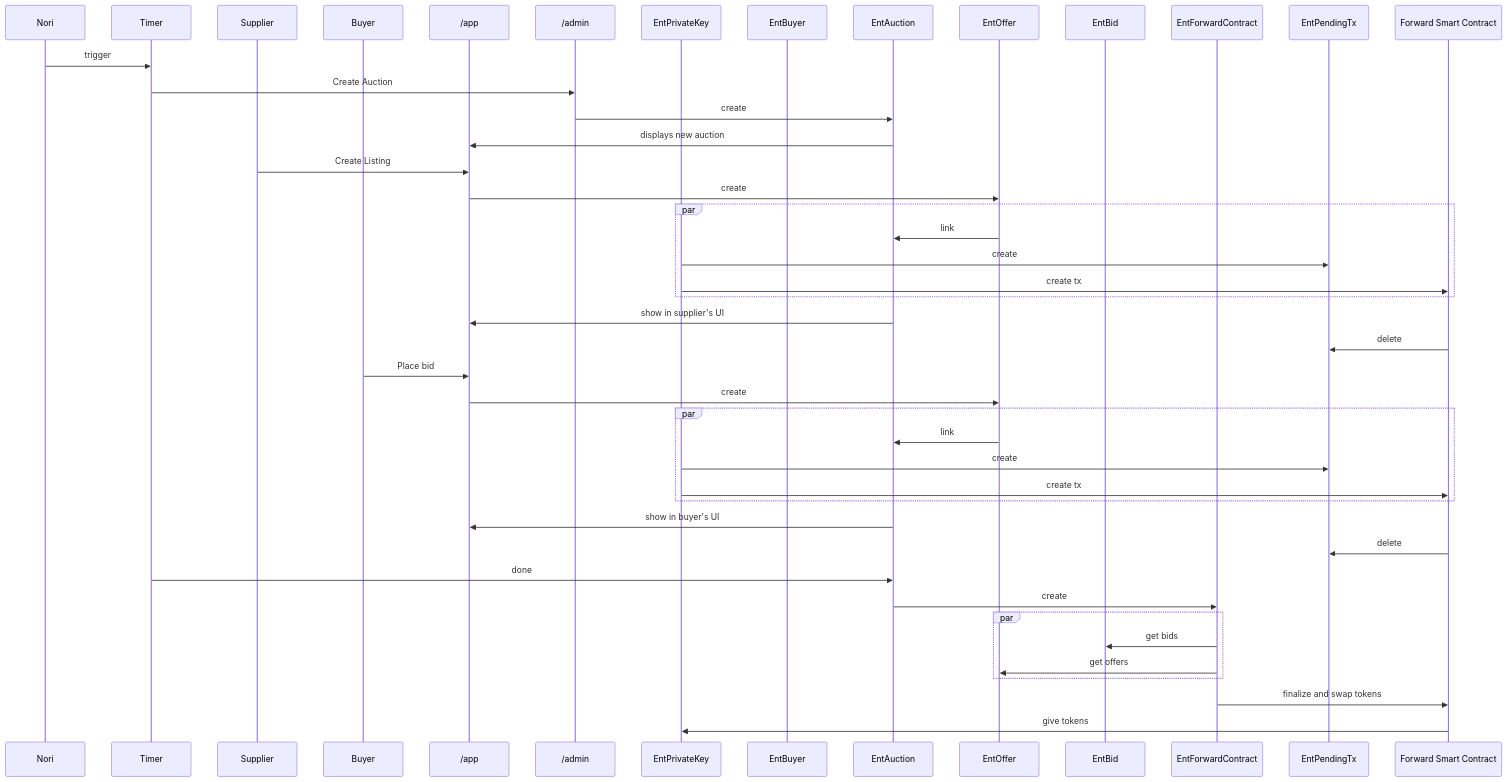
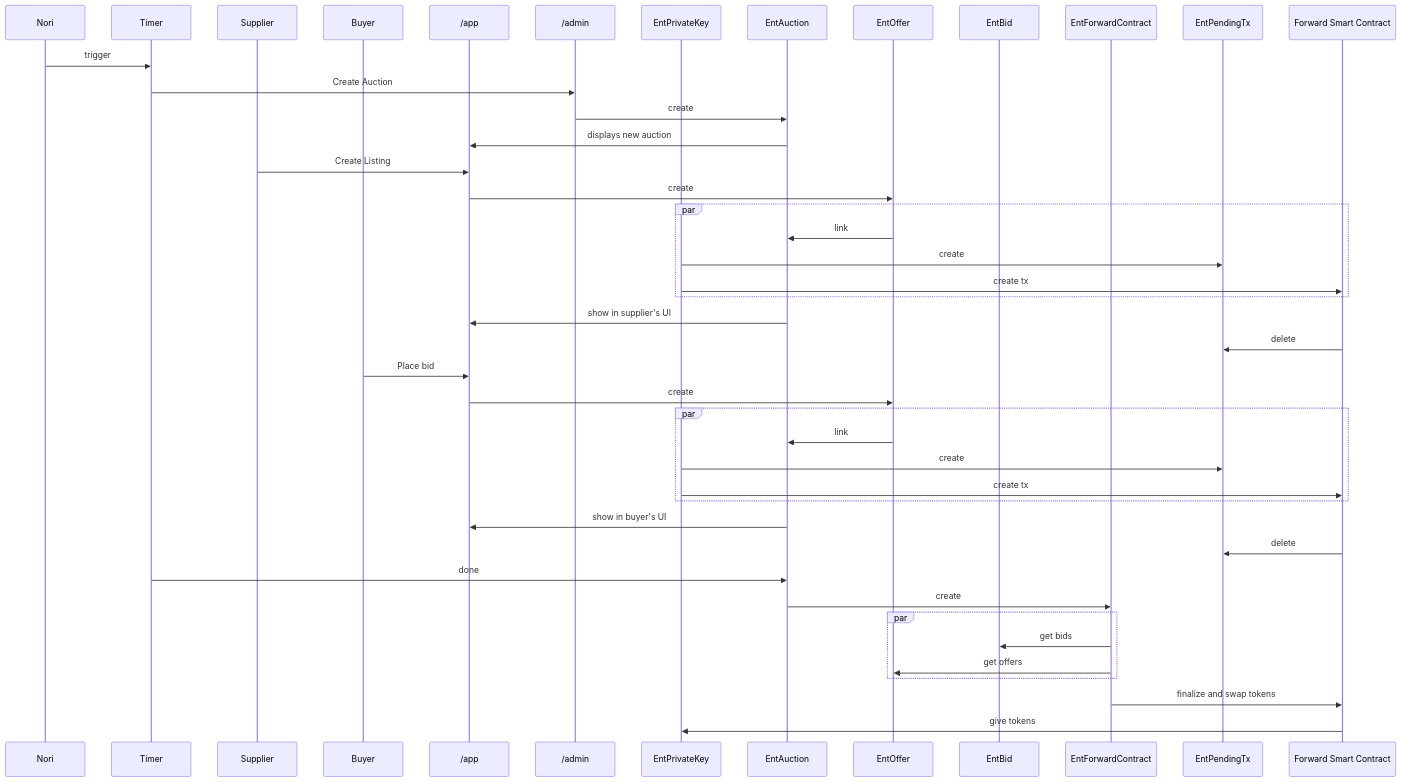
The diagram in mermaid/forward-auction.mmd (nori-dot-eco/nori-architecture), drawn with Mermaid before and after one commit. The commit also changed 1 other file, not shown here.

```diff
--- a/mermaid/forward-auction.mmd
+++ b/mermaid/forward-auction.mmd
@@ -1,55 +1,54 @@
 sequenceDiagram
     # participant definitions
     Participant n as Nori
     Participant t as Timer
     Participant s as Supplier
     Participant b as Buyer
     Participant a as /app
     Participant ad as /admin
     Participant pk as EntPrivateKey
-    Participant eb as EntBuyer
     Participant auction as EntAuction
     Participant offer as EntOffer
     Participant bid as EntBid
     Participant fwd as EntForwardContract
     Participant pending as EntPendingTx
     Participant e as Forward Smart Contract
 
     # Nori admin creates auction
     n ->> t: trigger
     t ->> ad: Create Auction
     ad ->> auction: create
     auction ->> a: displays new auction
 
     # supplier auction entrance
     s ->> a: Create Listing
     a ->> offer: create
     par
       offer ->> auction: link
       pk ->> pending: create
       pk ->> e: create tx
     end
     auction ->> a: show in supplier's UI
     e ->> pending: delete
 
 
     # buyer auction entrance
     b ->> a: Place bid
     a ->> offer: create
     par
       offer ->> auction: link
       pk ->> pending: create
       pk ->> e: create tx
     end
     auction ->> a: show in buyer's UI
     e ->> pending: delete
 
     # settling the auction
     t ->> auction: done
     auction ->> fwd: create
     par
       fwd ->> bid: get bids
       fwd ->> offer: get offers
     end
     fwd ->> e: finalize and swap tokens
     e ->> pk: give tokens
```
